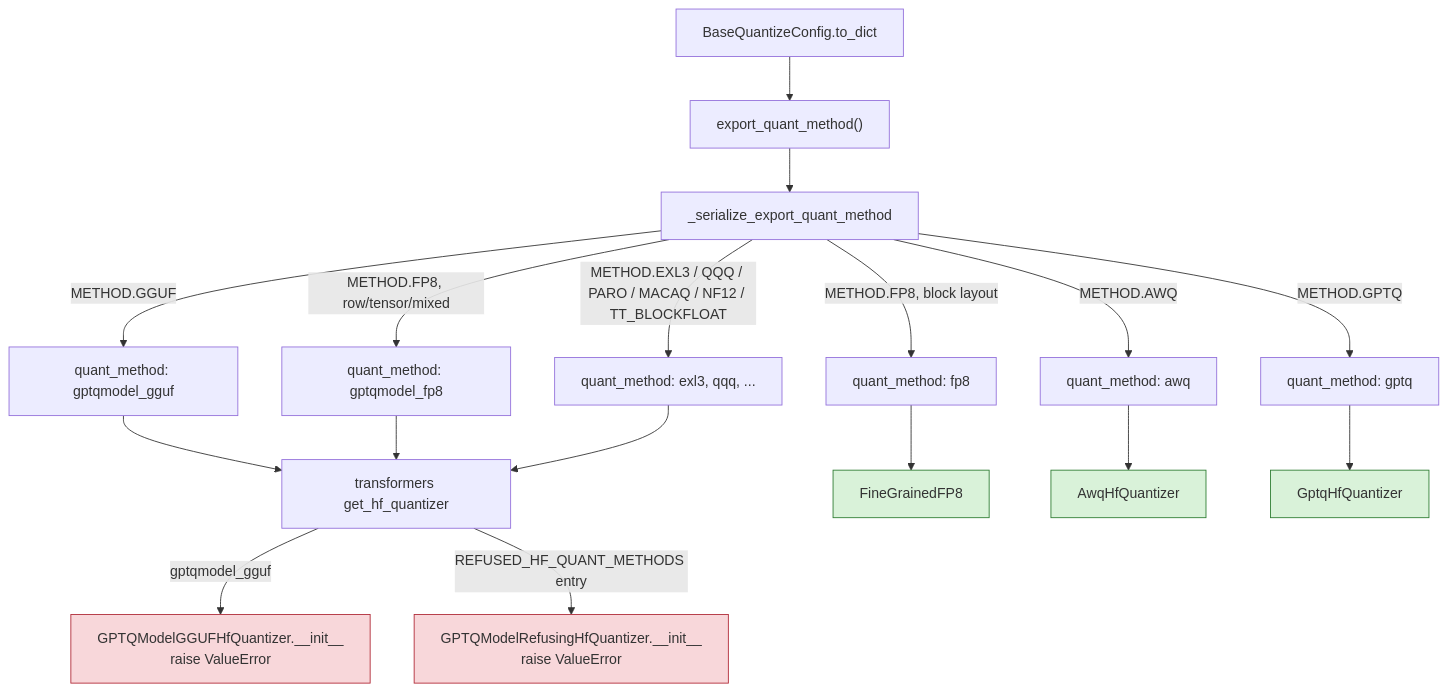
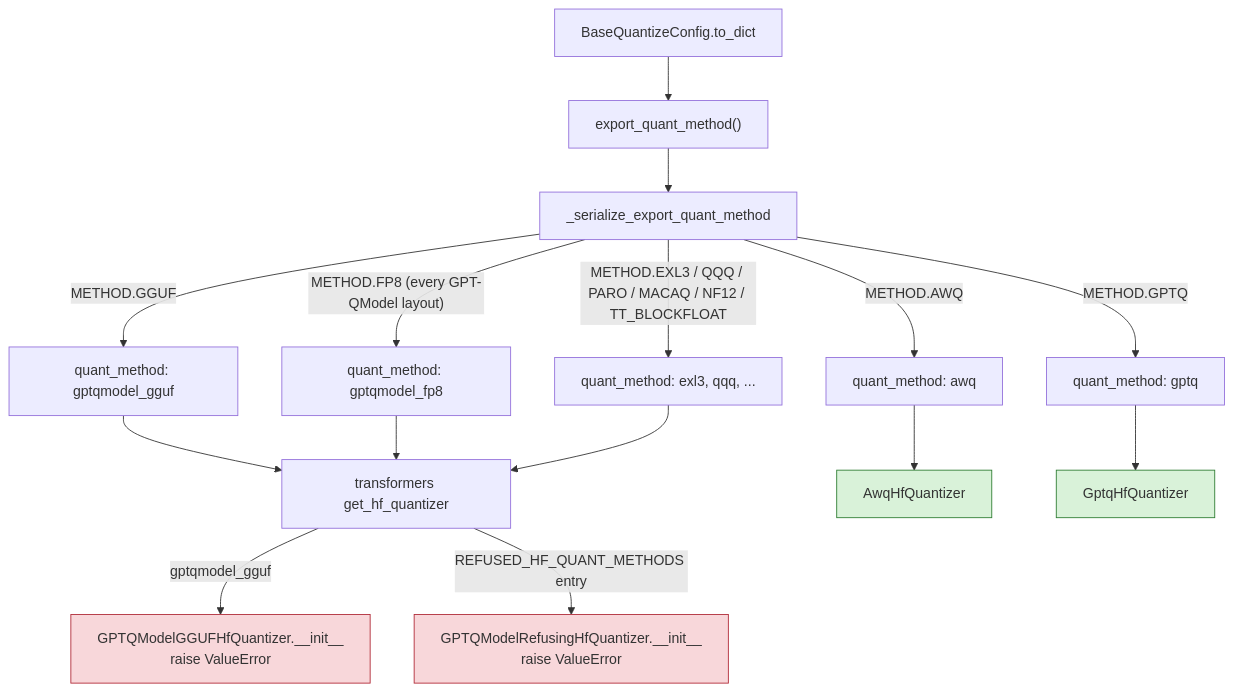
One commit to ModelCloud/GPTQModel changed diagram 14 of 19 in docs/checkpoint-interop.md. Above: the diagram before and after it, drawn with Mermaid. The commit also changed other lines of this file and 6 other files, not shown here.

````diff
--- a/docs/checkpoint-interop.md
+++ b/docs/checkpoint-interop.md
@@ -527,24 +528,21 @@
 ```mermaid
 flowchart TD
     A["BaseQuantizeConfig.to_dict"] --> B["export_quant_method()"]
     B --> C["_serialize_export_quant_method"]
     C -- "METHOD.GGUF" --> D["quant_method: gptqmodel_gguf"]
     C -- "METHOD.AWQ" --> E["quant_method: awq"]
     C -- "METHOD.GPTQ" --> F["quant_method: gptq"]
-    C -- "METHOD.FP8, block layout" --> M["quant_method: fp8"]
-    C -- "METHOD.FP8, row/tensor/mixed" --> N["quant_method: gptqmodel_fp8"]
+    C -- "METHOD.FP8 (every GPT-QModel layout)" --> N["quant_method: gptqmodel_fp8"]
     C -- "METHOD.EXL3 / QQQ / PARO / MACAQ / NF12 / TT_BLOCKFLOAT" --> L["quant_method: exl3, qqq, ..."]
     D --> G["transformers get_hf_quantizer"]
     N --> G
     L --> G
-    M --> P["FineGrainedFP8"]
     G -- "gptqmodel_gguf" --> H["GPTQModelGGUFHfQuantizer.__init__<br/>raise ValueError"]
     G -- "REFUSED_HF_QUANT_METHODS entry" --> K["GPTQModelRefusingHfQuantizer.__init__<br/>raise ValueError"]
     E --> I["AwqHfQuantizer"]
     F --> J["GptqHfQuantizer"]
     style H fill:#f8d7da,stroke:#b02a37
     style K fill:#f8d7da,stroke:#b02a37
     style I fill:#d9f2d9,stroke:#2e7d32
     style J fill:#d9f2d9,stroke:#2e7d32
-    style P fill:#d9f2d9,stroke:#2e7d32
 ```
````
